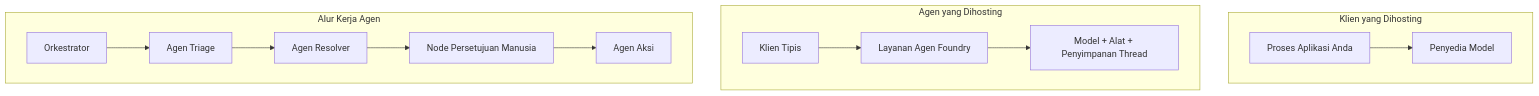
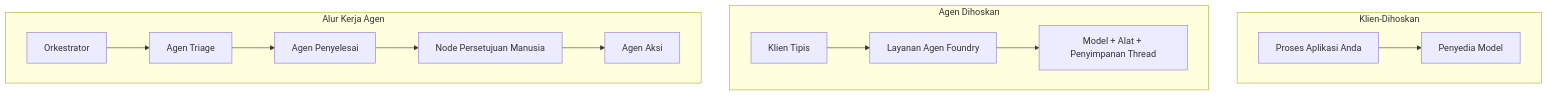
The first of 4 diagrams in mirrors/repos/microsoft@ai-agents-for-beginners/translations/id/16-deploying-scalable-agents/README.md (gabrielmoreira/agent-skills-mirror), drawn with Mermaid before and after one commit. The commit also changed other lines of this file and 3581 other files, not shown here.

````diff
--- a/mirrors/repos/microsoft@ai-agents-for-beginners/translations/id/16-deploying-scalable-agents/README.md
+++ b/mirrors/repos/microsoft@ai-agents-for-beginners/translations/id/16-deploying-scalable-agents/README.md
@@ -87,16 +87,16 @@
 ```mermaid
 flowchart TB
-    subgraph P1[Klien yang Dihosting]
+    subgraph P1[Klien-Dihoskan]
         A1[Proses Aplikasi Anda] --> M1[Penyedia Model]
     end
-    subgraph P2[Agen yang Dihosting]
+    subgraph P2[Agen Dihoskan]
         A2[Klien Tipis] --> F2[Layanan Agen Foundry]
         F2 --> M2[Model + Alat + Penyimpanan Thread]
     end
     subgraph P3[Alur Kerja Agen]
         A3[Orkestrator] --> S1[Agen Triage]
-        S1 --> S2[Agen Resolver]
+        S1 --> S2[Agen Penyelesai]
         S2 --> H[Node Persetujuan Manusia]
         H --> S3[Agen Aksi]
     end
 ```
````
